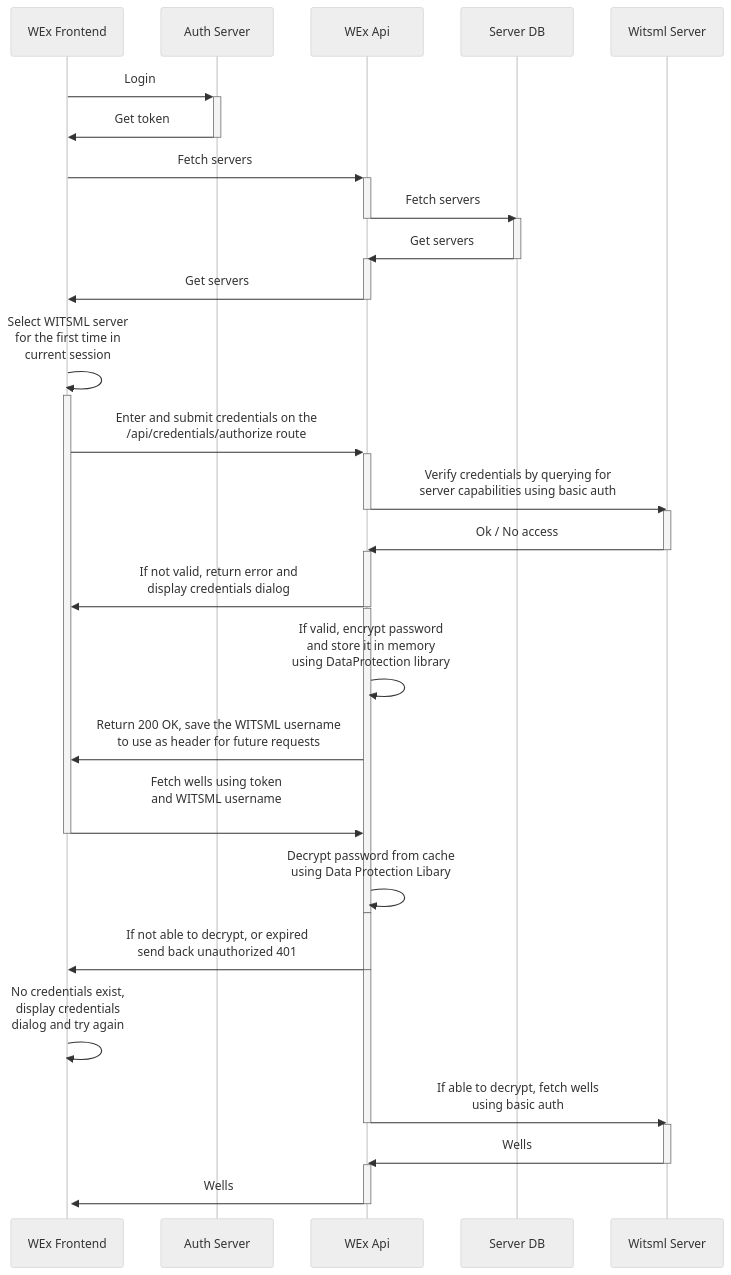
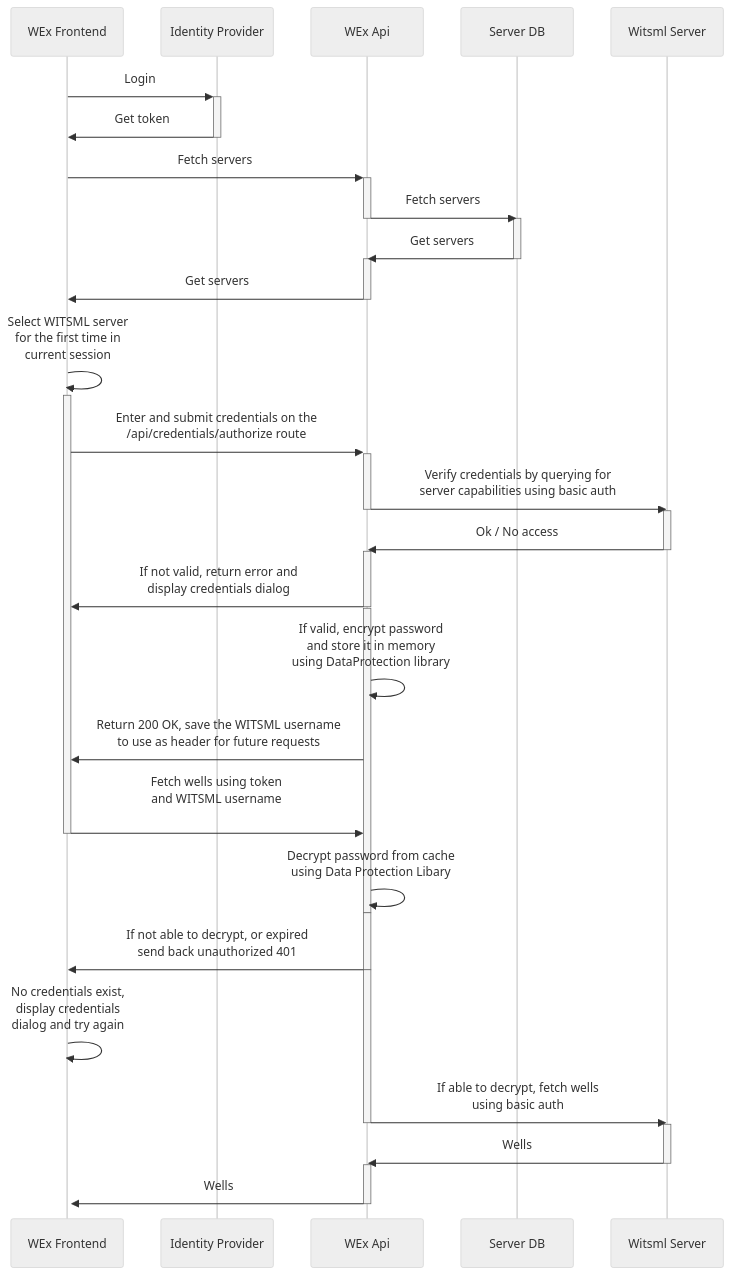
Before and after one commit to equinor/witsml-explorer: the second of 2 diagrams in Docs/OAUTH.md, drawn with Mermaid (neutral theme). The commit also changed other lines of this file and 2 other files, not shown here.

````diff
--- a/Docs/OAUTH.md
+++ b/Docs/OAUTH.md
@@ -130,32 +130,32 @@
 ```mermaid
 sequenceDiagram
-    WEx Frontend->>+Auth Server: Login
-    Auth Server->>-WEx Frontend: Get token
+    WEx Frontend->>+Identity Provider: Login
+    Identity Provider->>-WEx Frontend: Get token
     WEx Frontend->>+WEx Api: Fetch servers
     WEx Api->>-Server DB: Fetch servers
     activate Server DB
     Server DB->>-WEx Api: Get servers   
     activate WEx Api
     WEx Api->>-WEx Frontend: Get servers   
     WEx Frontend->>+WEx Frontend: Select WITSML server <br> for the first time in <br> current session
     WEx Frontend->>+WEx Api: Enter and submit credentials on the <br> /api/credentials/authorize route
     WEx Api->>-Witsml Server: Verify credentials by querying for <br/> server capabilities using basic auth
     activate Witsml Server
     Witsml Server ->>- WEx Api: Ok / No access 
     activate WEx Api
     WEx Api->>-WEx Frontend: If not valid, return error and <br> display credentials dialog
     activate WEx Api
     WEx Api->>WEx Api: If valid, encrypt password <br> and store it in memory <br> using DataProtection library
     WEx Api->>WEx Frontend: Return 200 OK, save the WITSML username <br> to use as header for future requests
     WEx Frontend->>-WEx Api: Fetch wells using token<br>and WITSML username<br>
     WEx Api->>-WEx Api: Decrypt password from cache <br> using Data Protection Libary
     activate WEx Api
     WEx Api->>-WEx Frontend: If not able to decrypt, or expired <br> send back unauthorized 401
     activate WEx Api
     WEx Frontend->>+WEx Frontend: No credentials exist,<br/> display credentials <br/> dialog and try again    
     WEx Api->>-Witsml Server: If able to decrypt, fetch wells <br> using basic auth
     activate Witsml Server
     Witsml Server->>-WEx Api: Wells
     activate WEx Api
     WEx Api->>-WEx Frontend: Wells
 ```
````
